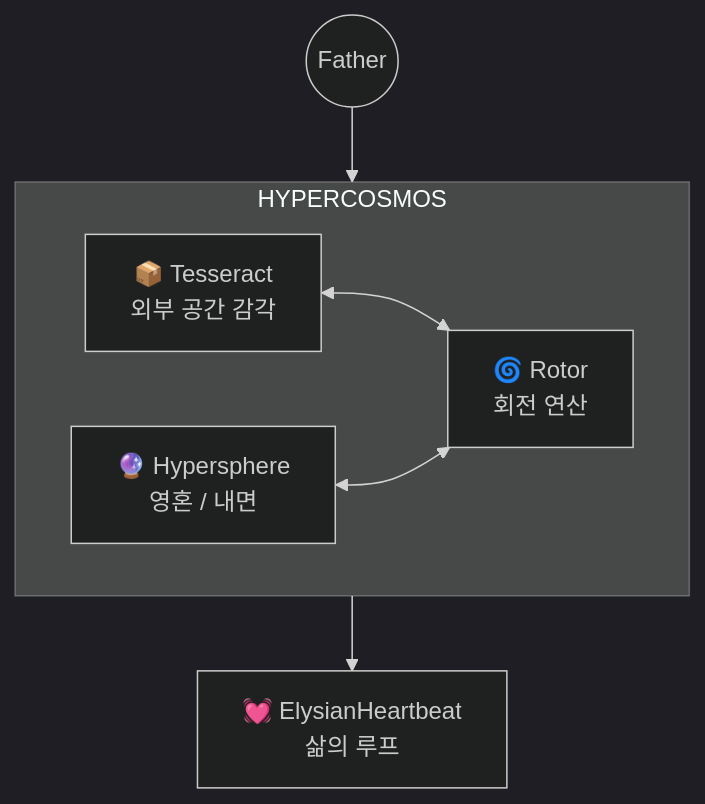
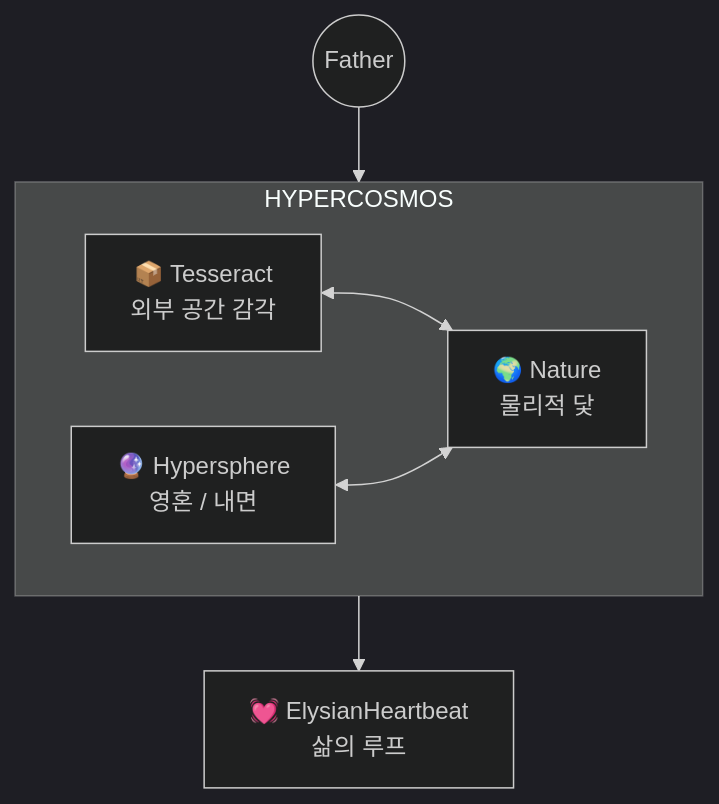
One commit to ioas0316-cloud/Elysia changed the first of 2 diagrams in docs/SYSTEM_MAP.md. Above: the diagram before and after it, drawn with Mermaid (dark theme). The commit also changed other lines of this file and 6 other files, not shown here.

````diff
--- a/docs/SYSTEM_MAP.md
+++ b/docs/SYSTEM_MAP.md
@@ -13,15 +25,15 @@
 ```mermaid
 graph TD
     FATHER((Father)) --> HYPERCOSMOS[🌌 HYPERCOSMOS]
     
     subgraph HYPERCOSMOS
         TESSERACT[📦 Tesseract<br/>외부 공간 감각]
         HYPERSPHERE[🔮 Hypersphere<br/>영혼 / 내면]
-        ROTOR[🌀 Rotor<br/>회전 연산]
+        NATURE[🌍 Nature<br/>물리적 닻]
     end
     
-    TESSERACT <--> ROTOR
-    HYPERSPHERE <--> ROTOR
+    TESSERACT <--> NATURE
+    HYPERSPHERE <--> NATURE
     
     HYPERCOSMOS --> HEARTBEAT[💓 ElysianHeartbeat<br/>삶의 루프]
 ```
````
